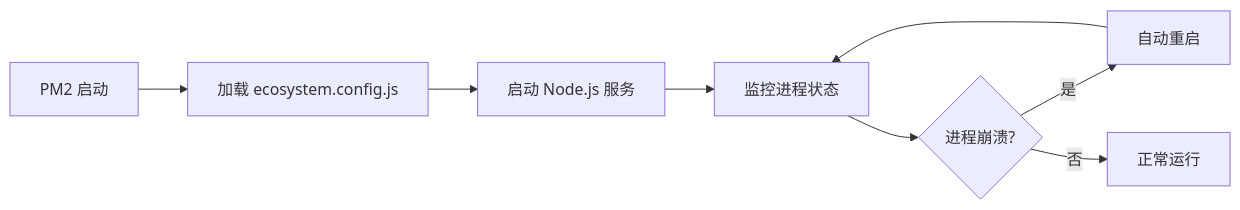
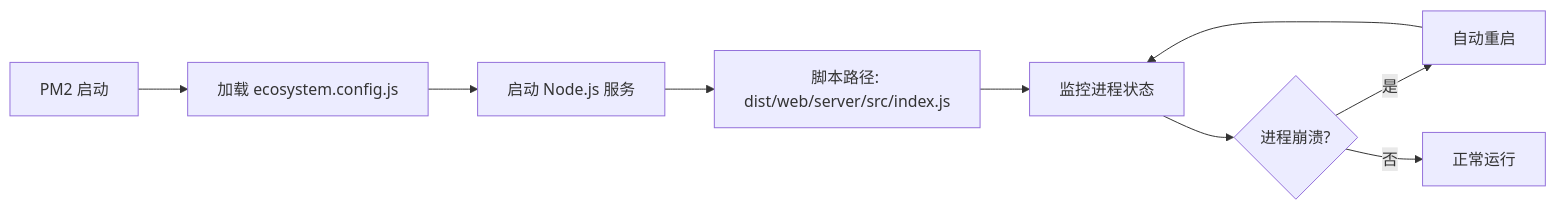
One commit to songdiyang/clawOperations changed the sixth of 10 diagrams in .qoder/repowiki/zh/content/开发指南/部署基础设施.md. Above: the diagram before and after it, drawn with Mermaid. The commit also changed other lines of this file and 7 other files, not shown here.

````diff
--- a/.qoder/repowiki/zh/content/开发指南/部署基础设施.md
+++ b/.qoder/repowiki/zh/content/开发指南/部署基础设施.md
@@ -205,10 +235,11 @@
 ```mermaid
 flowchart LR
 A[PM2 启动] --> B[加载 ecosystem.config.js]
 B --> C[启动 Node.js 服务]
-C --> D[监控进程状态]
-D --> E{进程崩溃?}
-E --> |是| F[自动重启]
-E --> |否| G[正常运行]
-F --> D
+C --> D[脚本路径: dist/web/server/src/index.js]
+D --> E[监控进程状态]
+E --> F{进程崩溃?}
+F --> |是| G[自动重启]
+F --> |否| H[正常运行]
+G --> E
 ```
````
